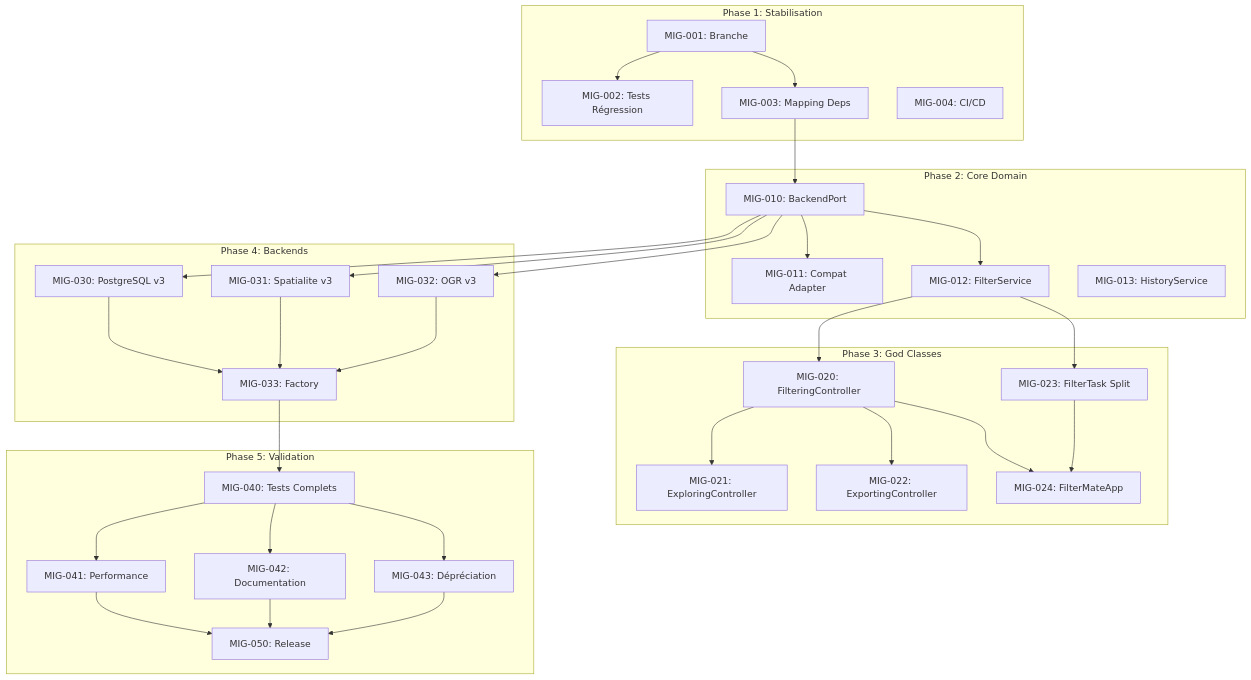
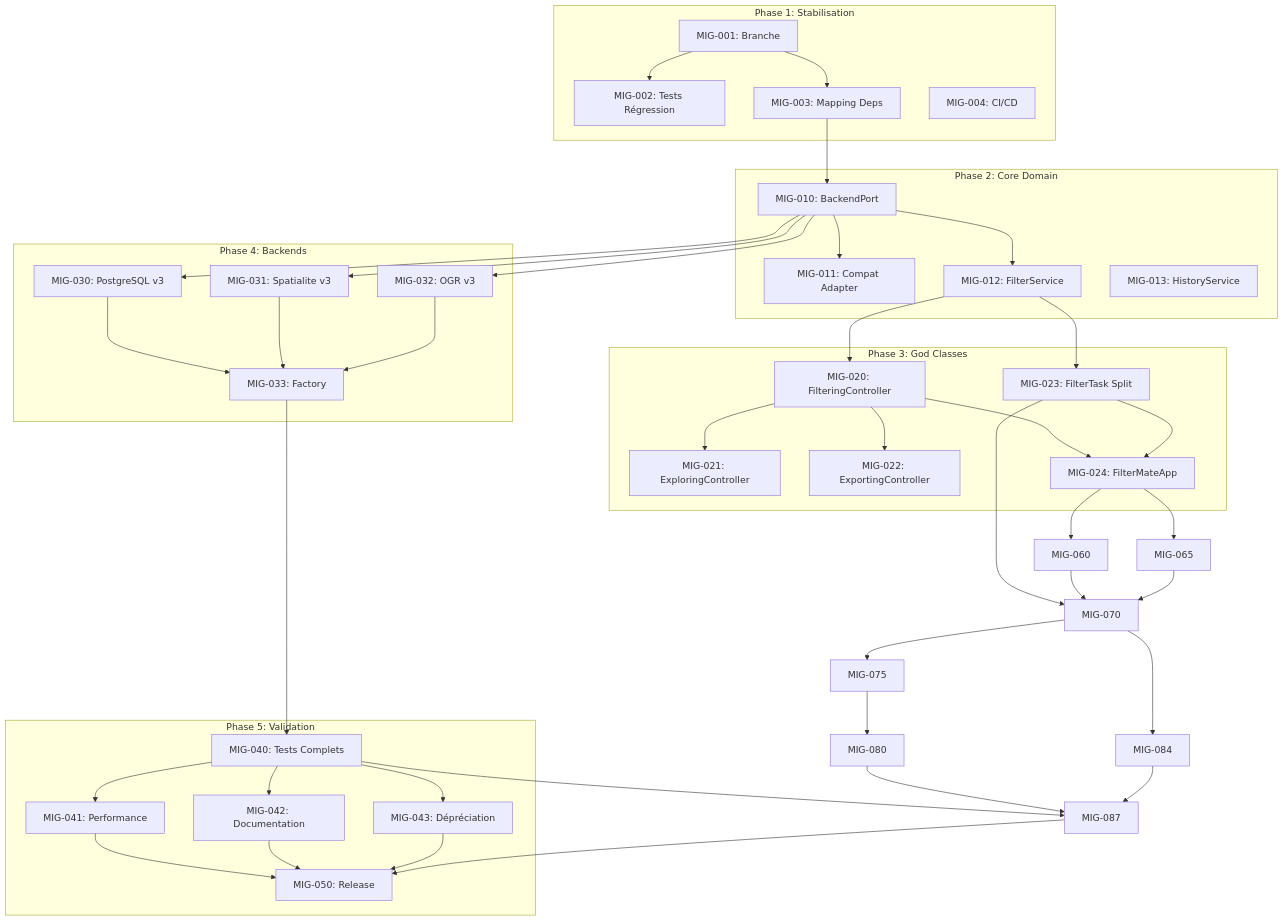
The second of 2 diagrams in _bmad/bmm/data/migration-v3-user-stories.md (sducournau/filter_mate), drawn with Mermaid before and after one commit. The commit also changed other lines of this file and 3 other files, not shown here.

First line of the commit message:
docs(MIG-060): Add Phase 6 God Class DockWidget migration plan

````diff
--- a/_bmad/bmm/data/migration-v3-user-stories.md
+++ b/_bmad/bmm/data/migration-v3-user-stories.md
@@ -812,64 +812,78 @@
 ```mermaid
 flowchart TD
     subgraph Phase1[Phase 1: Stabilisation]
         MIG-001[MIG-001: Branche]
         MIG-002[MIG-002: Tests Régression]
         MIG-003[MIG-003: Mapping Deps]
         MIG-004[MIG-004: CI/CD]
     end
 
     subgraph Phase2[Phase 2: Core Domain]
         MIG-010[MIG-010: BackendPort]
         MIG-011[MIG-011: Compat Adapter]
         MIG-012[MIG-012: FilterService]
         MIG-013[MIG-013: HistoryService]
     end
 
     subgraph Phase3[Phase 3: God Classes]
         MIG-020[MIG-020: FilteringController]
         MIG-021[MIG-021: ExploringController]
         MIG-022[MIG-022: ExportingController]
         MIG-023[MIG-023: FilterTask Split]
         MIG-024[MIG-024: FilterMateApp]
     end
 
     subgraph Phase4[Phase 4: Backends]
         MIG-030[MIG-030: PostgreSQL v3]
         MIG-031[MIG-031: Spatialite v3]
         MIG-032[MIG-032: OGR v3]
         MIG-033[MIG-033: Factory]
     end
 
     subgraph Phase5[Phase 5: Validation]
         MIG-040[MIG-040: Tests Complets]
         MIG-041[MIG-041: Performance]
         MIG-042[MIG-042: Documentation]
         MIG-043[MIG-043: Dépréciation]
         MIG-050[MIG-050: Release]
     end
 
     MIG-001 --> MIG-002
     MIG-001 --> MIG-003
     MIG-003 --> MIG-010
     MIG-010 --> MIG-011
     MIG-010 --> MIG-012
     MIG-012 --> MIG-020
     MIG-020 --> MIG-021
     MIG-020 --> MIG-022
     MIG-012 --> MIG-023
     MIG-020 --> MIG-024
     MIG-023 --> MIG-024
     MIG-010 --> MIG-030
     MIG-010 --> MIG-031
     MIG-010 --> MIG-032
     MIG-030 --> MIG-033
     MIG-031 --> MIG-033
     MIG-032 --> MIG-033
     MIG-033 --> MIG-040
     MIG-040 --> MIG-041
     MIG-040 --> MIG-042
     MIG-040 --> MIG-043
     MIG-041 --> MIG-050
     MIG-042 --> MIG-050
     MIG-043 --> MIG-050
+
+    %% Phase 6: God Class DockWidget
+    MIG-024 --> MIG-060
+    MIG-024 --> MIG-065
+    MIG-023 --> MIG-070
+    MIG-060 --> MIG-070
+    MIG-065 --> MIG-070
+    MIG-070 --> MIG-075
+    MIG-075 --> MIG-080
+    MIG-070 --> MIG-084
+    MIG-080 --> MIG-087
+    MIG-084 --> MIG-087
+    MIG-040 --> MIG-087
+    MIG-087 --> MIG-050
 ```
````
